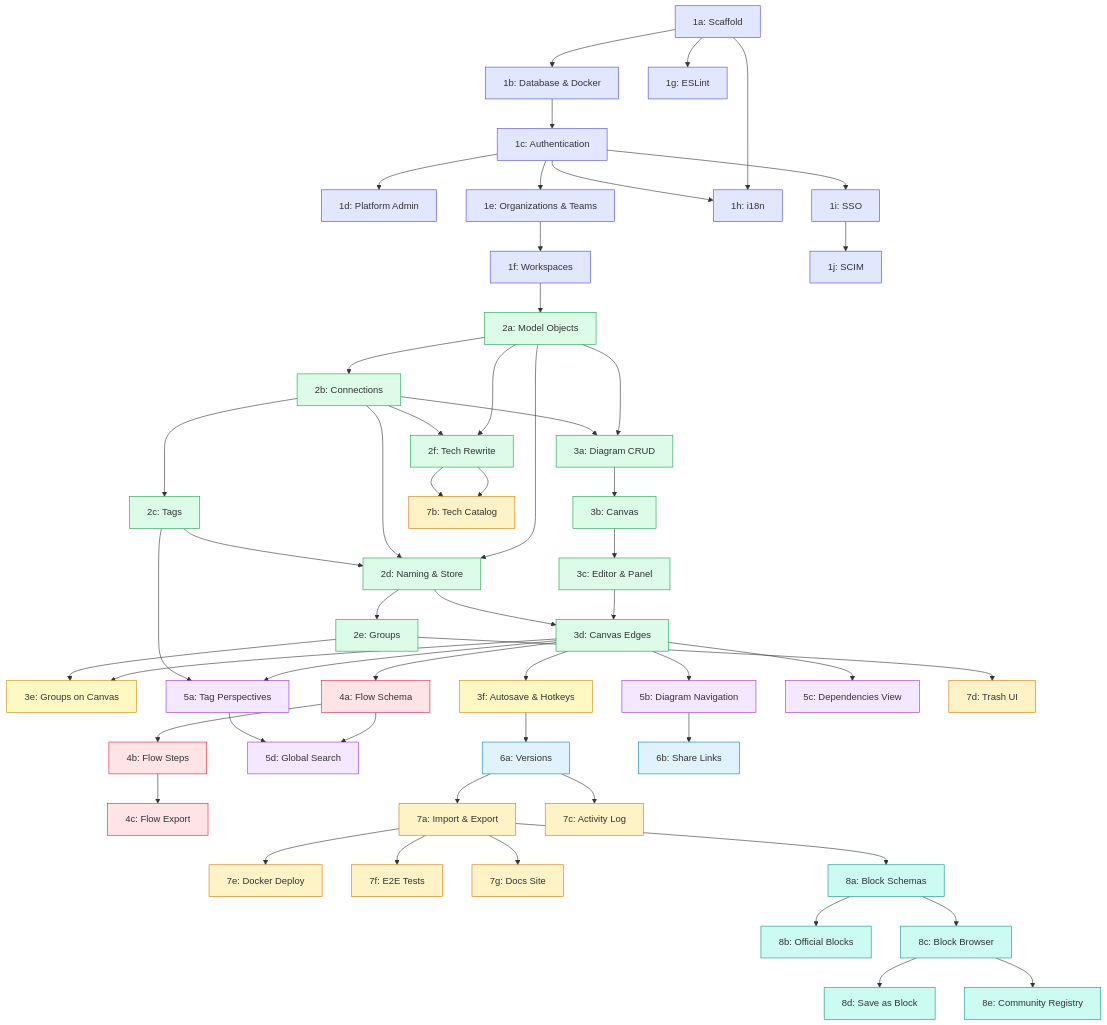
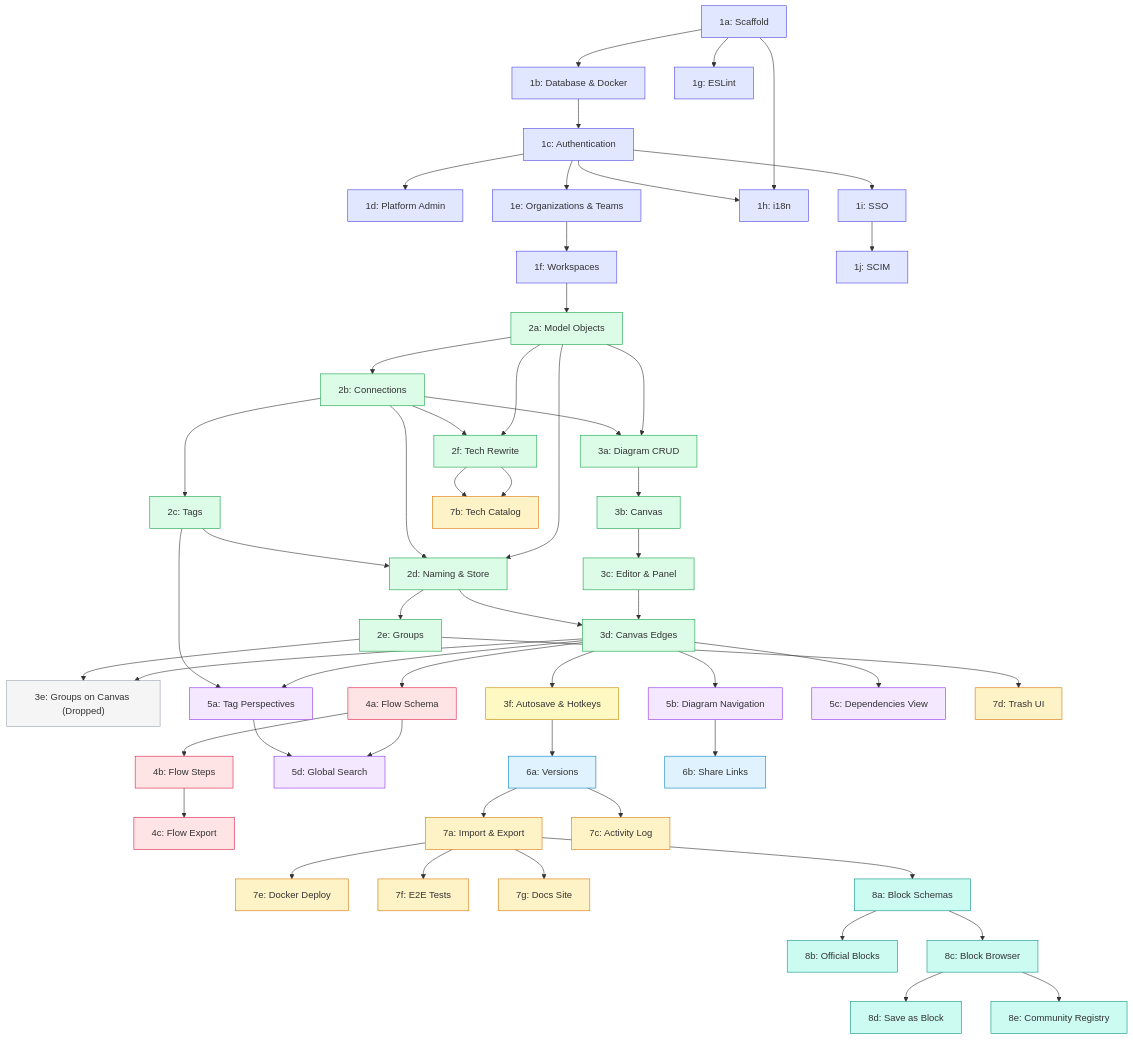
One commit to rubentalstra/Archvault changed the diagram in docs/phases/README.md. Above: the diagram before and after it, drawn with Mermaid. The commit also changed other lines of this file and 7 other files, not shown here.

Commit message:
feat: remove diagram_group table and related schemas from the codebase

```diff
--- a/docs/phases/README.md
+++ b/docs/phases/README.md
@@ -101,7 +101,7 @@
     3b --> 3c["3c: Editor & Panel"]
     3c --> 3d["3d: Canvas Edges"]
     2d --> 3d
-    3d --> 3e["3e: Groups on Canvas"]
+    3d --> 3e["3e: Groups on Canvas (Dropped)"]
     2e --> 3e
     2f["2f: Tech Rewrite"] --> 7b
     3d --> 3f["3f: Autosave & Hotkeys"]
@@ -148,7 +148,7 @@
     style 3b fill: #dcfce7, stroke: #16a34a
     style 3c fill: #dcfce7, stroke: #16a34a
     style 3d fill: #dcfce7, stroke: #16a34a
-    style 3e fill: #fef9c3, stroke: #ca8a04
+    style 3e fill: #f5f5f5, stroke: #9ca3af
     style 3f fill: #fef9c3, stroke: #ca8a04
     style 4a fill: #ffe4e6, stroke: #e11d48
     style 4b fill: #ffe4e6, stroke: #e11d48
```
